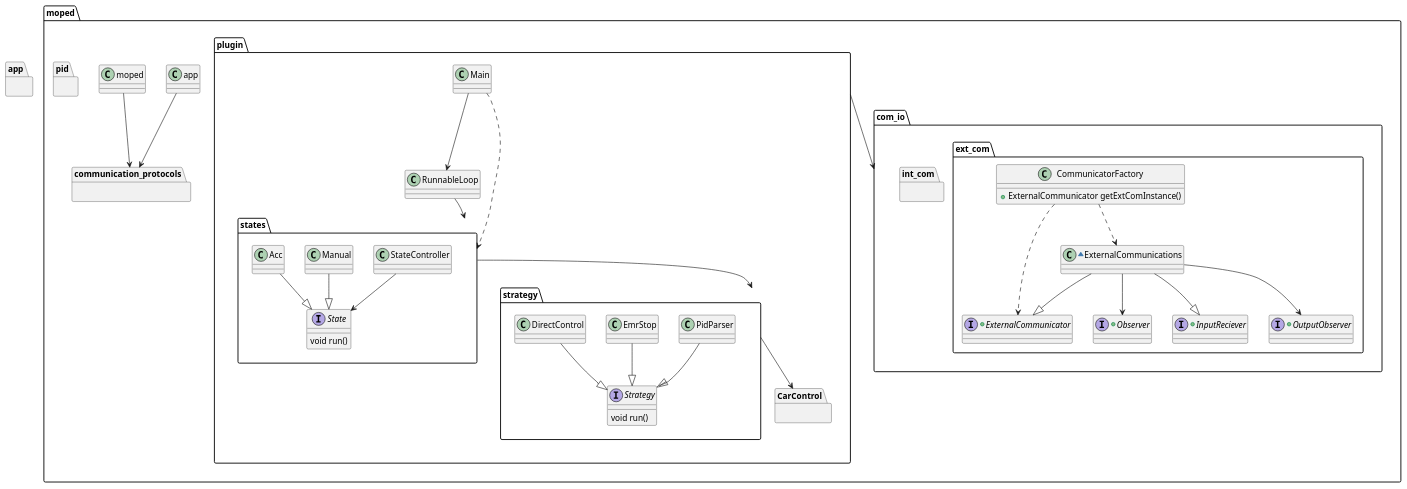
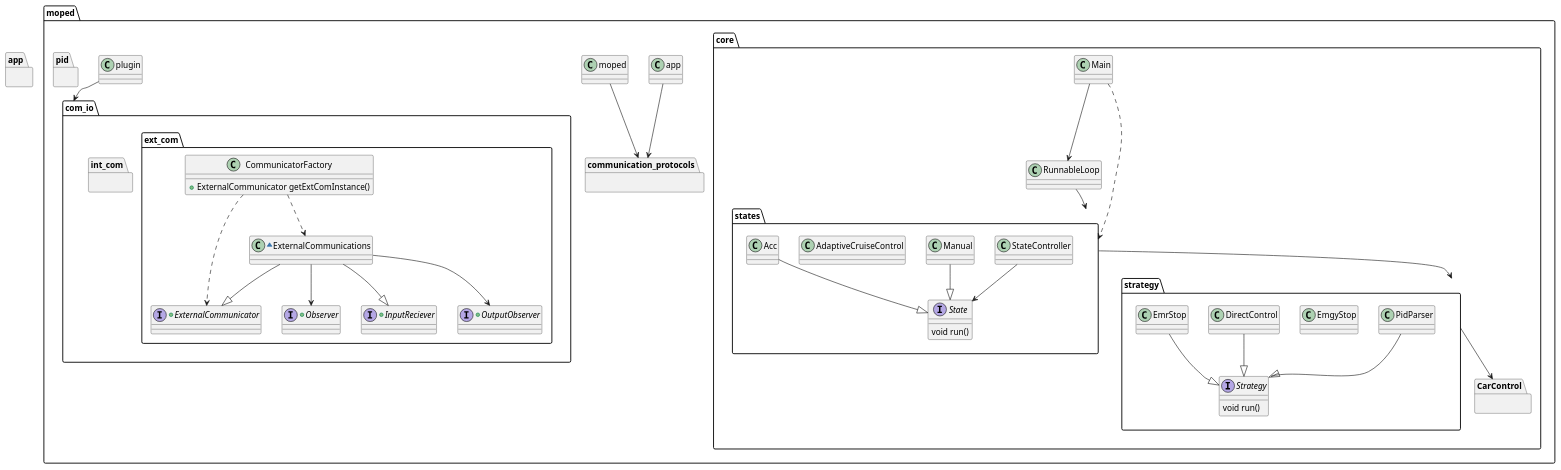
The diagram in documentation/uml/full-class-diagram.puml (felixnorden/moppepojkar), drawn with PlantUML before and after one commit.

Commit message:
Update names of packages/units

```diff
--- a/documentation/uml/full-class-diagram.puml
+++ b/documentation/uml/full-class-diagram.puml
@@ -1,139 +1,139 @@
 @startuml
 
 package moped {
 
-	package plugin {
+	package core {
 		
 		class Main {
 		
 		}
 		
 		class RunnableLoop {
 		
 		}
 		
 		package states {
 		
 			class StateController {
 			
 			}
 		
 			interface State {
 				void run()
 			}
 		
 			class Manual {
 			
 			}
 			
-			class Acc {
+			class AdaptiveCruiseControl {
 			
 			}
 			
 			StateController --> State
 		
 			Manual --|> State
 			Acc --|> State
 		}
 		
 		package strategy {
 			
 			interface Strategy {
 				void run()
 			}
 			
 			class PidParser {
 			
 			}
 			
-			class EmrStop {
+			class EmgyStop {
 			
 			}
 			
 			class DirectControl {
 			
 			}
 			
 			PidParser --|> Strategy
 			EmrStop --|> Strategy
 			DirectControl --|> Strategy
 			
 		}
 		
 		package CarControl {
 		
 		}
 		
 		Main ..> states
 		Main --> RunnableLoop
 		RunnableLoop --> states
 		
 		states --> strategy
 		strategy --> CarControl
 	}
 	
 	package com_io {
 
 		package ext_com {
 			
 			+interface Observer {
 			
 			}
 			
 			+interface ExternalCommunicator {
 				
 			}
 			
 			+interface InputReciever {
 			
 			}
 			
 			+interface OutputObserver {
 			
 			}
 			
 			class CommunicatorFactory {
 				+ExternalCommunicator getExtComInstance()
 			}
 			
 			~class ExternalCommunications {
 				
 			}
 			
 			ExternalCommunications --> Observer
 			ExternalCommunications --|> ExternalCommunicator
 			
 			ExternalCommunications --> OutputObserver
 			ExternalCommunications --|> InputReciever
 			
 			CommunicatorFactory ..> ExternalCommunicator
 			CommunicatorFactory ..> ExternalCommunications
 			
 		}
 		
 		package int_com {
 		
 		}
 	
 	}
 
 	package pid {
 
 	}
 
 	package communication_protocols {
 	
 	}
 	
 	app --> communication_protocols
 	moped --> communication_protocols
 	
 	plugin --> com_io
 	
 }
 
 package app {
 
 }
 
 @enduml
```
